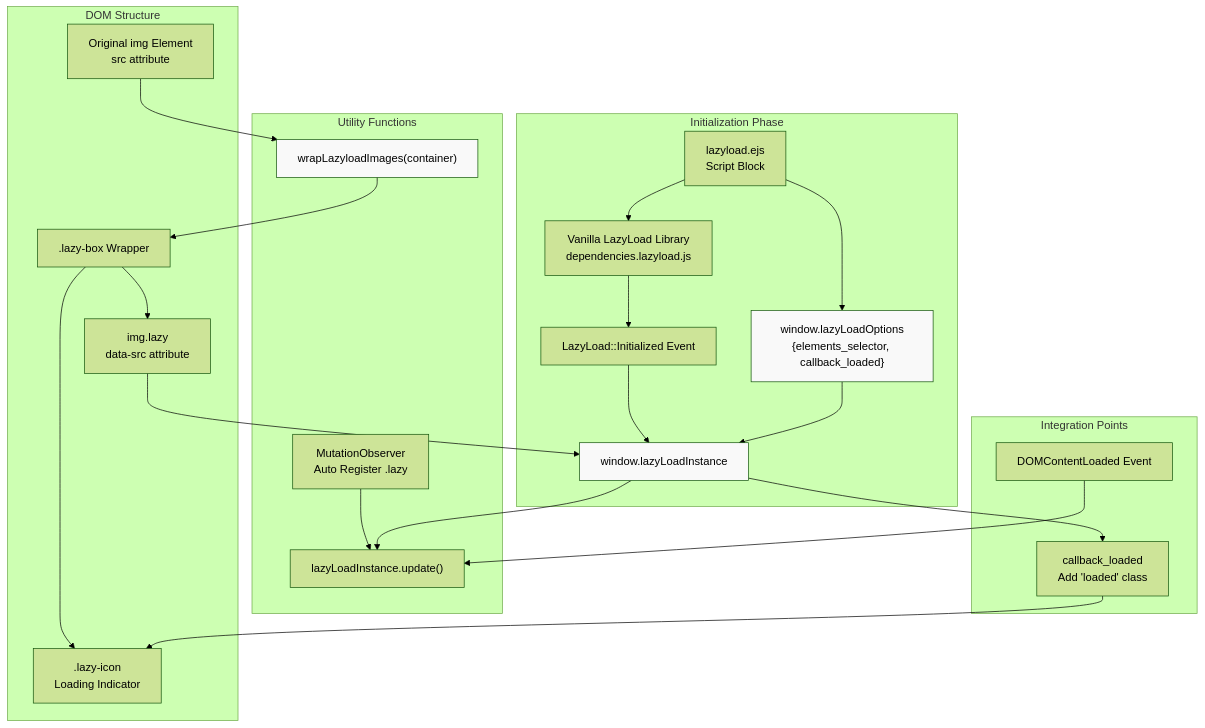
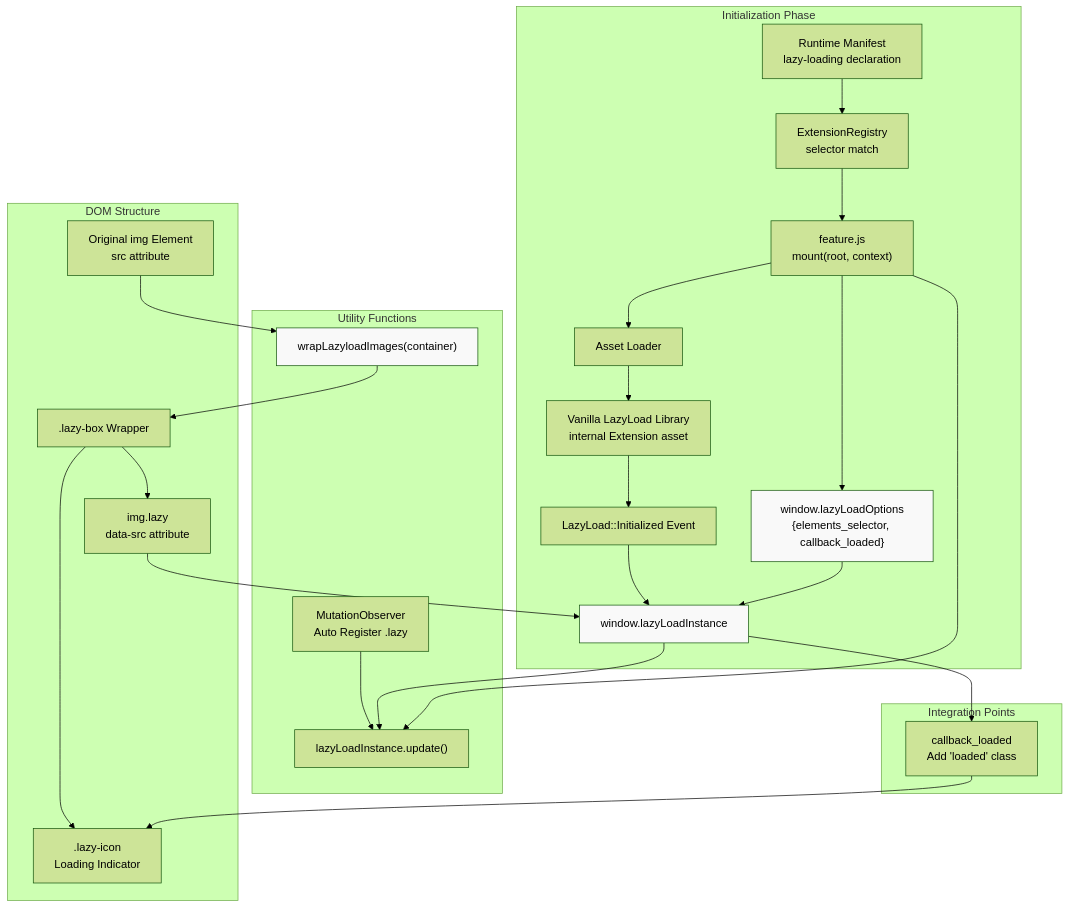
The first of 4 diagrams in docs/knowledge/07-外部集成/lazy-loading-images.md (xaoxuu/hexo-theme-stellar), drawn with Mermaid (forest theme) before and after one commit. The commit also changed other lines of this file and 861 other files, not shown here.

````diff
--- a/docs/knowledge/07-外部集成/lazy-loading-images.md
+++ b/docs/knowledge/07-外部集成/lazy-loading-images.md
@@ -52,52 +52,57 @@
 ```mermaid
 graph TB
     subgraph "Initialization Phase"
-        SCRIPT["lazyload.ejs<br/>Script Block"]
-        CDN["Vanilla LazyLoad Library<br/>dependencies.lazyload.js"]
+        MANIFEST["Runtime Manifest<br/>lazy-loading declaration"]
+        REGISTRY["ExtensionRegistry<br/>selector match"]
+        MOUNT["feature.js<br/>mount(root, context)"]
+        SCRIPT["Asset Loader"]
+        CDN["Vanilla LazyLoad Library<br/>internal Extension asset"]
         OPTIONS["window.lazyLoadOptions<br/>{elements_selector, callback_loaded}"]
         EVENT["LazyLoad::Initialized Event"]
         INSTANCE["window.lazyLoadInstance"]
     end
     
     subgraph "DOM Structure"
         IMG["Original img Element<br/>src attribute"]
         LAZYBOX[".lazy-box Wrapper"]
         LAZYIMG["img.lazy<br/>data-src attribute"]
         LAZYICON[".lazy-icon<br/>Loading Indicator"]
     end
     
     subgraph "Utility Functions"
         WRAP["wrapLazyloadImages(container)"]
         MUTATION["MutationObserver<br/>Auto Register .lazy"]
         UPDATE["lazyLoadInstance.update()"]
     end
     
     subgraph "Integration Points"
-        DOMREADY["DOMContentLoaded Event"]
         CALLBACK["callback_loaded<br/>Add 'loaded' class"]
     end
     
+    MANIFEST --> REGISTRY
+    REGISTRY --> MOUNT
+    MOUNT --> SCRIPT
+    MOUNT --> OPTIONS
     SCRIPT --> CDN
-    SCRIPT --> OPTIONS
     CDN --> EVENT
     EVENT --> INSTANCE
     
     IMG --> WRAP
     WRAP --> LAZYBOX
     LAZYBOX --> LAZYIMG
     LAZYBOX --> LAZYICON
     MUTATION --> UPDATE
     
     OPTIONS --> INSTANCE
     INSTANCE --> UPDATE
     
-    DOMREADY --> UPDATE
+    MOUNT --> UPDATE
     
     LAZYIMG --> INSTANCE
     INSTANCE --> CALLBACK
     CALLBACK --> LAZYICON
     
     style INSTANCE fill:#f9f9f9
     style WRAP fill:#f9f9f9
     style OPTIONS fill:#f9f9f9
 ```
````
